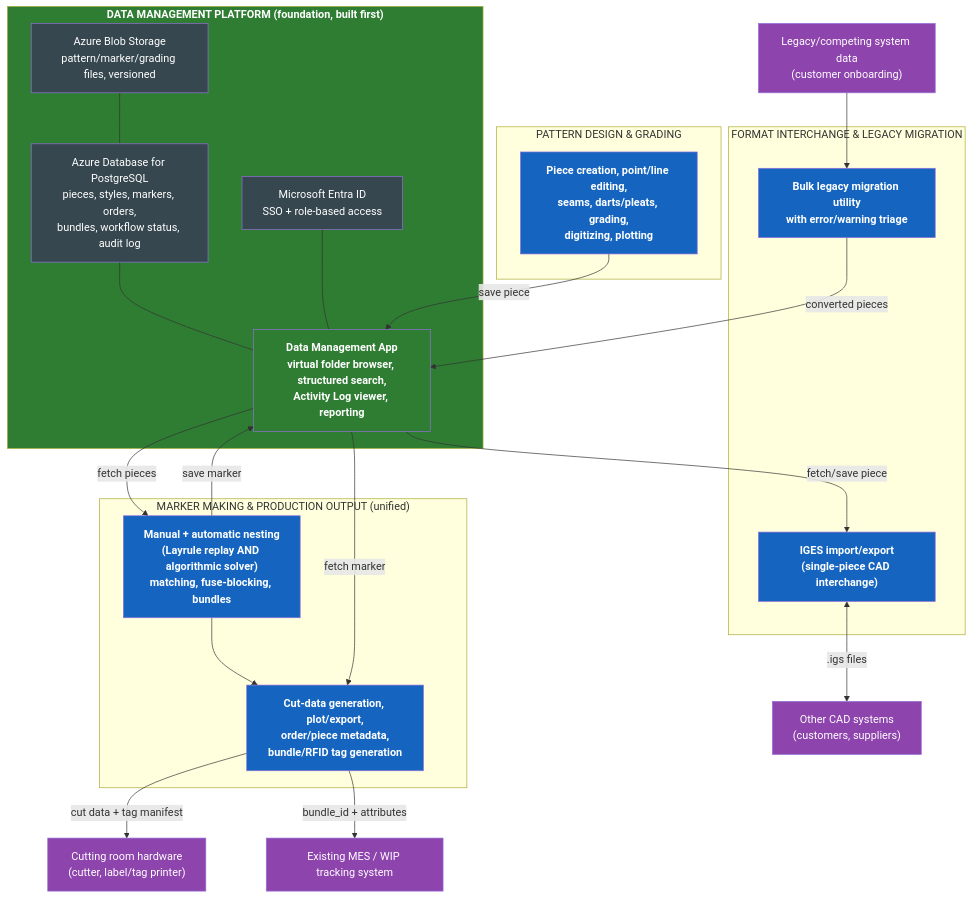
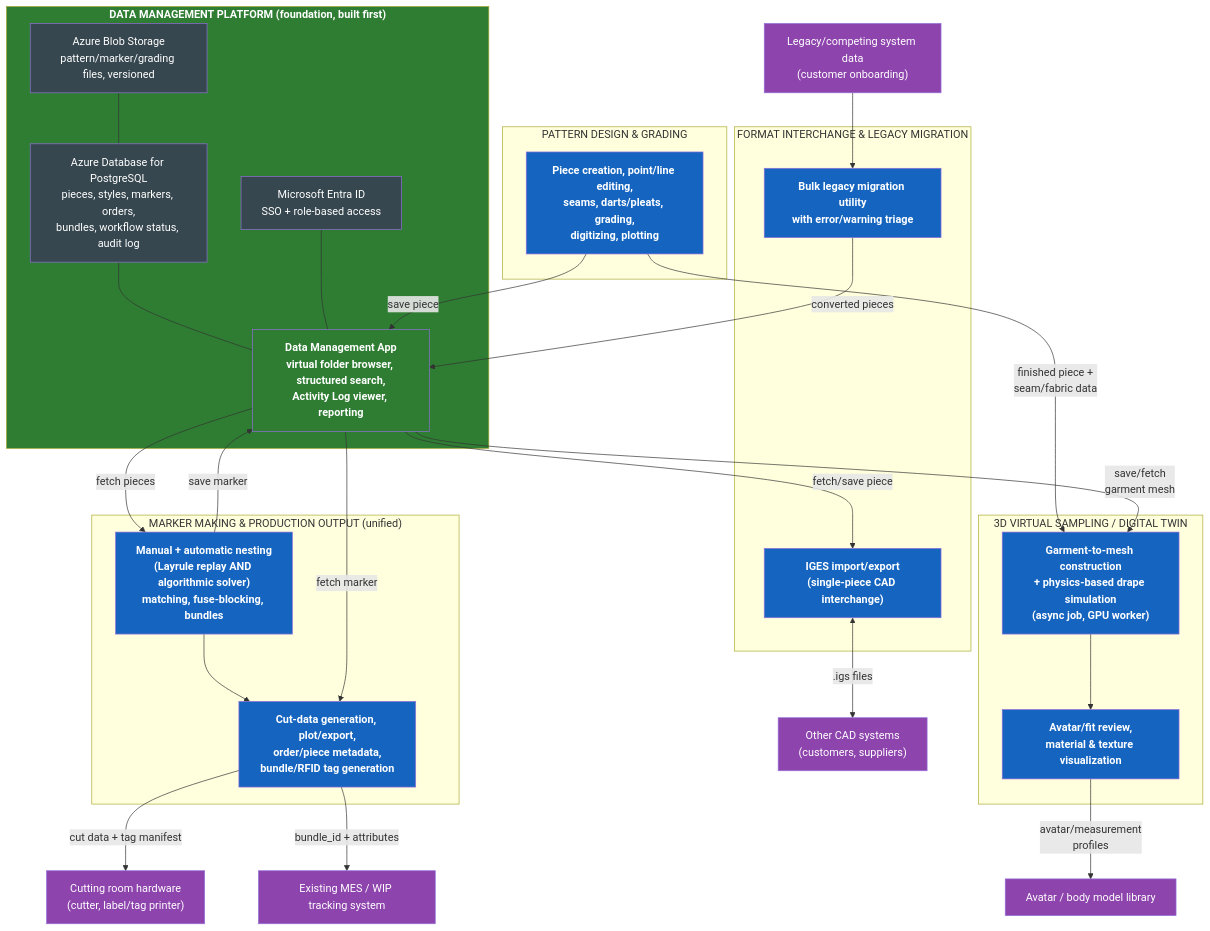
Before and after one commit to gellerbatra-max/Zeus-Suite: the diagram in docs/planning/00_master/master_plan.md, drawn with Mermaid. The commit also changed other lines of this file and 7 other files, not shown here.

First line of the commit message:
Add 3D Virtual Sampling / Digital Twin app plan + Marker Making UI mockup

````diff
--- a/docs/planning/00_master/master_plan.md
+++ b/docs/planning/00_master/master_plan.md
@@ -9,52 +9,65 @@
 ```mermaid
 flowchart TB
     classDef platform fill:#2E7D32,color:#fff,font-weight:bold
     classDef app fill:#1565C0,color:#fff,font-weight:bold
     classDef store fill:#37474F,color:#fff
     classDef external fill:#8E44AD,color:#fff
     classDef data fill:#EAF2FB,stroke:#1565C0,color:#000
 
     subgraph PLATFORM["DATA MANAGEMENT PLATFORM (foundation, built first)"]
         OBJ["Azure Blob Storage<br/>pattern/marker/grading files, versioned"]:::store
         DB["Azure Database for PostgreSQL<br/>pieces, styles, markers, orders,<br/>bundles, workflow status, audit log"]:::store
         AUTH["Microsoft Entra ID<br/>SSO + role-based access"]:::store
         APIAPP["Data Management App<br/>virtual folder browser, structured search,<br/>Activity Log viewer, reporting"]:::platform
         OBJ --- DB
         DB --- APIAPP
         AUTH --- APIAPP
     end
 
     subgraph PD["PATTERN DESIGN & GRADING"]
         PDCORE["Piece creation, point/line editing,<br/>seams, darts/pleats, grading,<br/>digitizing, plotting"]:::app
     end
 
     subgraph MM["MARKER MAKING & PRODUCTION OUTPUT (unified)"]
         NEST["Manual + automatic nesting<br/>(Layrule replay AND algorithmic solver)<br/>matching, fuse-blocking, bundles"]:::app
         OUT["Cut-data generation, plot/export,<br/>order/piece metadata,<br/>bundle/RFID tag generation"]:::app
         NEST --> OUT
     end
 
     subgraph FMT["FORMAT INTERCHANGE & LEGACY MIGRATION"]
         IGES_M["IGES import/export<br/>(single-piece CAD interchange)"]:::app
         MIGRATE["Bulk legacy migration utility<br/>with error/warning triage"]:::app
     end
 
+    
+    subgraph D3["3D VIRTUAL SAMPLING / DIGITAL TWIN"]
+        MESH["Garment-to-mesh construction<br/>+ physics-based drape simulation<br/>(async job, GPU worker)"]:::app
+        FIT["Avatar/fit review,<br/>material & texture visualization"]:::app
+        MESH --> FIT
+    end
+
+    AVATARLIB["Avatar / body model library"]:::external
+
     CUTTER["Cutting room hardware<br/>(cutter, label/tag printer)"]:::external
     MES["Existing MES / WIP tracking system"]:::external
     OTHERCAD["Other CAD systems<br/>(customers, suppliers)"]:::external
     LEGACY["Legacy/competing system data<br/>(customer onboarding)"]:::external
 
     PDCORE -->|"save piece"| APIAPP
     APIAPP -->|"fetch pieces"| NEST
     NEST -->|"save marker"| APIAPP
     APIAPP -->|"fetch marker"| OUT
     OUT -->|"cut data + tag manifest"| CUTTER
     OUT -->|"bundle_id + attributes"| MES
     APIAPP -->|"fetch/save piece"| IGES_M
     IGES_M <-->|".igs files"| OTHERCAD
     LEGACY --> MIGRATE
     MIGRATE -->|"converted pieces"| APIAPP
 
     class PLATFORM platform
 
+    PDCORE -->|"finished piece +\nseam/fabric data"| MESH
+    FIT -->|"avatar/measurement\nprofiles"| AVATARLIB
+    APIAPP -->|"save/fetch\ngarment mesh"| MESH
+
 ```
````
